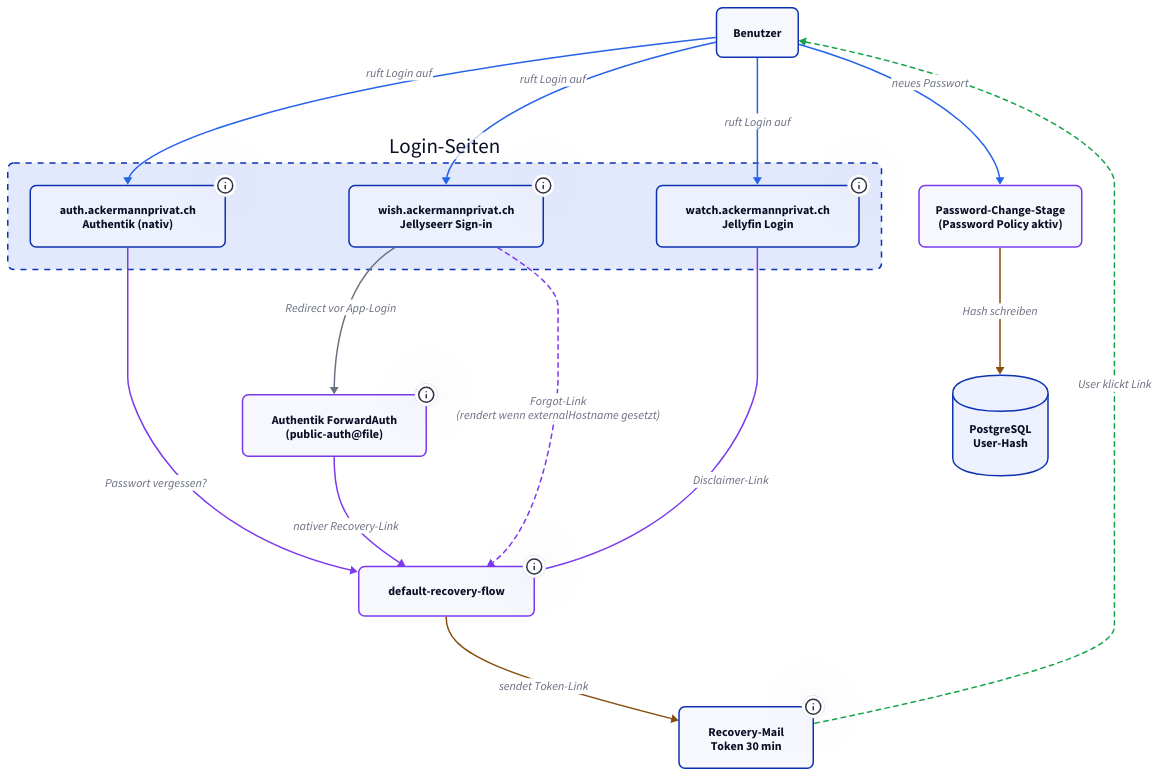
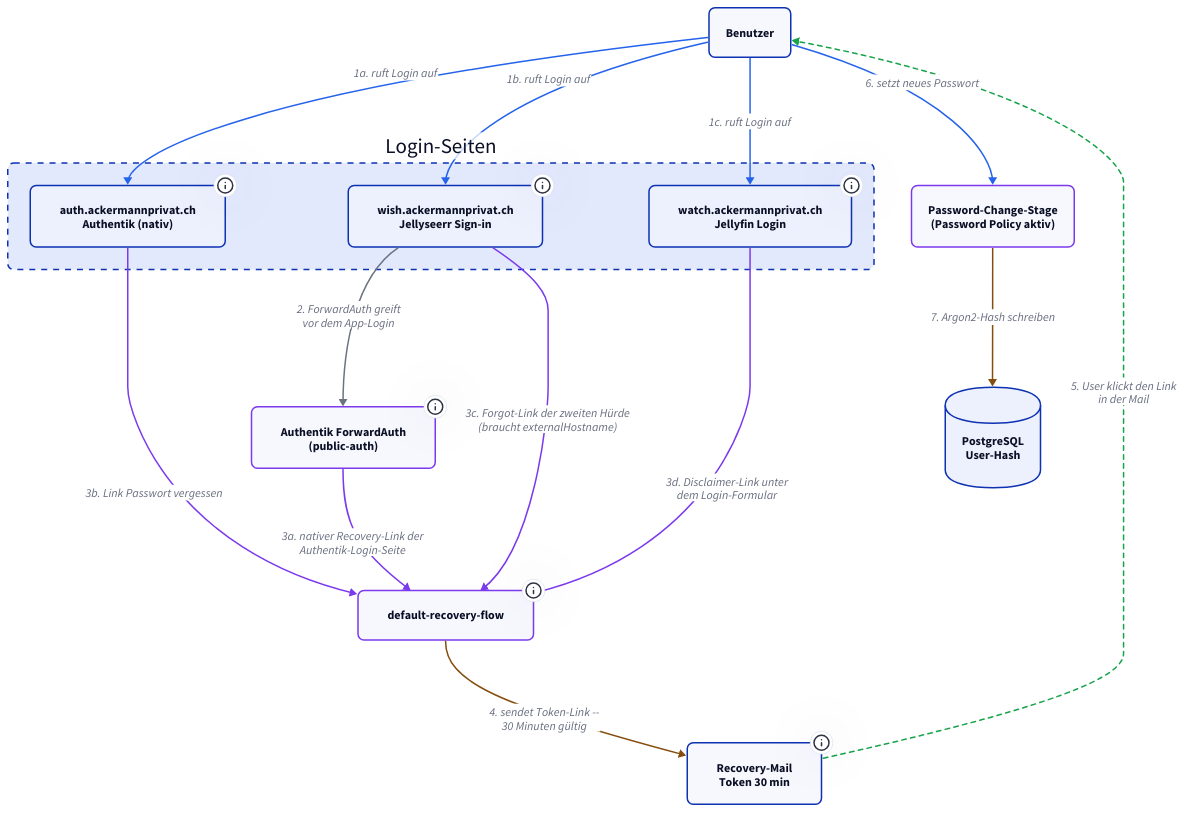
One commit to derever-labs/homelab-wiki changed the diagram in docs/authentik/recovery.md. Above: the diagram before and after it, drawn with D2. The commit also changed other lines of this file and 3 other files, not shown here.

First line of the commit message:
docs(authentik): Diagramm-Vertiefung Authentik und LDAP (#108)

````diff
--- a/docs/authentik/recovery.md
+++ b/docs/authentik/recovery.md
@@ -87,66 +89,69 @@
 ```d2
 classes: {
   app: { style: { border-radius: 8 } }
   recovery: { style: { border-radius: 8; stroke: "#7c3aed" } }
   store: { style: { border-radius: 8 } }
   container: { style: { border-radius: 8; stroke-dash: 4 } }
 }
 
 direction: down
 
 User: Benutzer { class: app }
 
 Apps: Login-Seiten {
   class: container
 
   AuthLogin: "auth.ackermannprivat.ch\nAuthentik (nativ)" {
     class: app
-    tooltip: "Recovery-Link via Identification-Stage + Custom-CSS"
+    tooltip: "Recovery-Link via Identification-Stage und Custom-CSS"
   }
   JSLogin: "wish.ackermannprivat.ch\nJellyseerr Sign-in" {
     class: app
-    tooltip: "Forgot-Link rendert nur wenn externalHostname UND jellyfinForgotPasswordUrl gesetzt -- Wrapper {baseUrl && ...}"
+    tooltip: "Forgot-Link rendert nur wenn externalHostname UND jellyfinForgotPasswordUrl gesetzt sind"
   }
   JFLogin: "watch.ackermannprivat.ch\nJellyfin Login" {
     class: app
     tooltip: "LoginDisclaimer im Branding-Endpoint, persistiert im CSI-Volume"
   }
 }
 
-FWD: "Authentik ForwardAuth\n(public-auth@file)" {
+FWD: "Authentik ForwardAuth\n(public-auth)" {
   class: recovery
-  tooltip: "Schaltet die Authentik-Login-Seite VOR Jellyseerr -- nativer Recovery-Link greift hier zuerst"
+  tooltip: "Schaltet die Authentik-Login-Seite VOR Jellyseerr -- der native Recovery-Link greift hier zuerst"
 }
 
-Recovery: "default-recovery-flow" {
+Recovery: default-recovery-flow {
   class: recovery
-  tooltip: "Identification + Recovery-Mail + Token + Password-Change-Stage"
+  tooltip: "Identification, Recovery-Mail, Token und Password-Change-Stage"
 }
 
 Mail: "Recovery-Mail\nToken 30 min" {
   class: store
-  tooltip: "SMTP Relay -- smtp.service.consul"
+  tooltip: "SMTP-Relay -- smtp.service.consul"
 }
 
 PwChange: "Password-Change-Stage\n(Password Policy aktiv)" { class: recovery }
 
 PG: "PostgreSQL\nUser-Hash" {
   class: store
   shape: cylinder
 }
 
-User -> Apps.AuthLogin: "ruft Login auf" { style.stroke: "#2563eb" }
-User -> Apps.JSLogin: "ruft Login auf" { style.stroke: "#2563eb" }
-User -> Apps.JFLogin: "ruft Login auf" { style.stroke: "#2563eb" }
+User -> Apps.AuthLogin: "1a. ruft Login auf" { style.stroke: "#2563eb" }
+User -> Apps.JSLogin: "1b. ruft Login auf" { style.stroke: "#2563eb" }
+User -> Apps.JFLogin: "1c. ruft Login auf" { style.stroke: "#2563eb" }
 
-Apps.JSLogin -> FWD: "Redirect vor App-Login" { style.stroke: "#6b7280" }
-FWD -> Recovery: "nativer Recovery-Link" { style.stroke: "#7c3aed" }
-Apps.AuthLogin -> Recovery: "Passwort vergessen?" { style.stroke: "#7c3aed" }
-Apps.JSLogin -> Recovery: "Forgot-Link\n(rendert wenn externalHostname gesetzt)" { style.stroke: "#7c3aed"; style.stroke-dash: 3 }
-Apps.JFLogin -> Recovery: "Disclaimer-Link" { style.stroke: "#7c3aed" }
+Apps.JSLogin -> FWD: "2. ForwardAuth greift\nvor dem App-Login" { style.stroke: "#6b7280" }
+FWD -> Recovery: "3a. nativer Recovery-Link der\nAuthentik-Login-Seite" { style.stroke: "#7c3aed" }
+Apps.AuthLogin -> Recovery: "3b. Link Passwort vergessen" { style.stroke: "#7c3aed" }
+Apps.JSLogin -> Recovery: "3c. Forgot-Link der zweiten Hürde\n(braucht externalHostname)" { style.stroke: "#7c3aed" }
+Apps.JFLogin -> Recovery: "3d. Disclaimer-Link unter\ndem Login-Formular" { style.stroke: "#7c3aed" }
 
-Recovery -> Mail: "sendet Token-Link" { style.stroke: "#854d0e" }
-Mail -> User: "User klickt Link" { style.stroke: "#16a34a"; style.stroke-dash: 3 }
-User -> PwChange: "neues Passwort" { style.stroke: "#2563eb" }
-PwChange -> PG: "Hash schreiben" { style.stroke: "#854d0e" }
+Recovery -> Mail: "4. sendet Token-Link --\n30 Minuten gültig" { style.stroke: "#854d0e" }
+Mail -> User: "5. User klickt den Link\nin der Mail" {
+  style.stroke: "#16a34a"
+  style.stroke-dash: 3
+}
+User -> PwChange: "6. setzt neues Passwort" { style.stroke: "#2563eb" }
+PwChange -> PG: "7. Argon2-Hash schreiben" { style.stroke: "#854d0e" }
 ```
````
